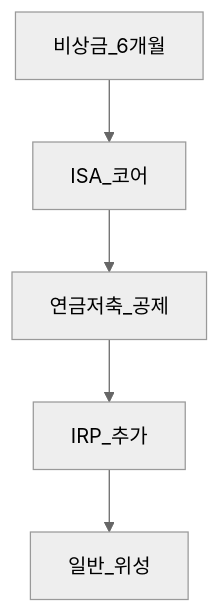
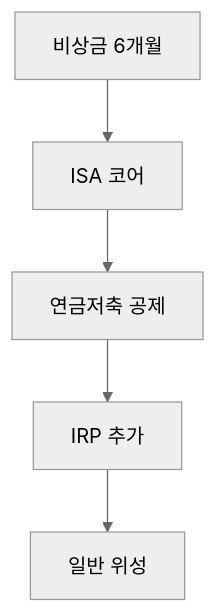
The fourth of 4 diagrams in 06-korea-policy/isa-irp-practical-setup.md (goldanghenry/Finances), drawn with Mermaid (neutral theme) before and after one commit. The commit also changed other lines of this file and 211 other files, not shown here.

````diff
--- a/06-korea-policy/isa-irp-practical-setup.md
+++ b/06-korea-policy/isa-irp-practical-setup.md
@@ -370,7 +379,7 @@
 ```mermaid
 flowchart TD
-  E[비상금_6개월] --> ISA2[ISA_코어]
-  ISA2 --> PS[연금저축_공제]
-  PS --> IRP2[IRP_추가]
-  IRP2 --> GEN2[일반_위성]
+  E["비상금 6개월"] --> ISA2["ISA 코어"]
+  ISA2 --> PS["연금저축 공제"]
+  PS --> IRP2["IRP 추가"]
+  IRP2 --> GEN2["일반 위성"]
 ```
````
